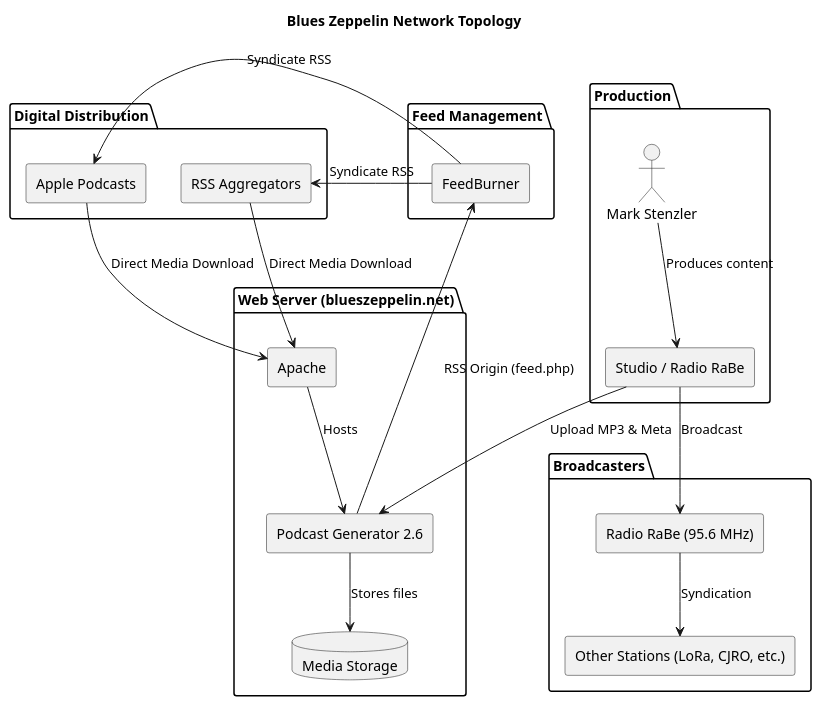
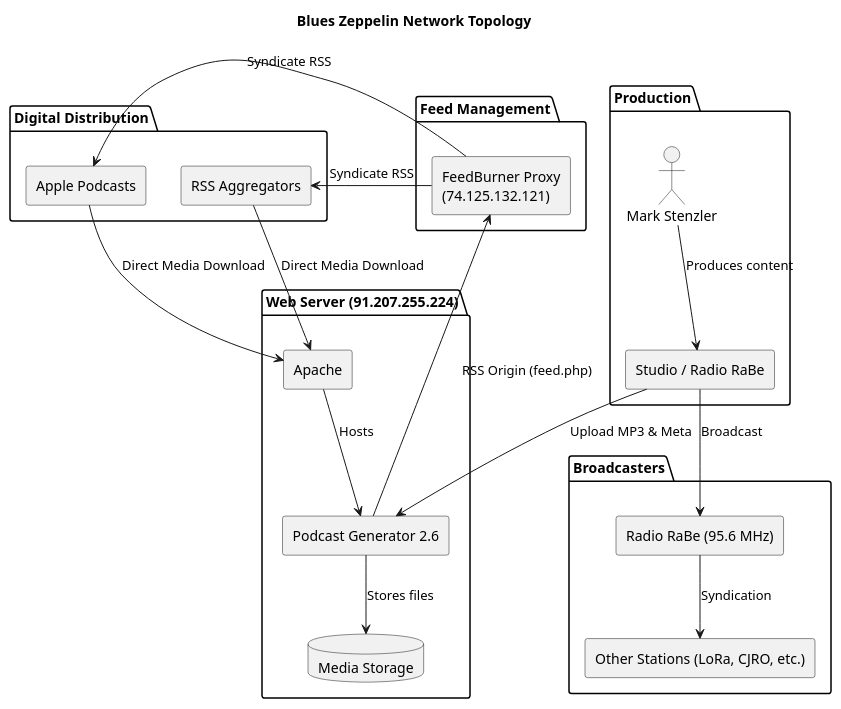
The diagram in diagrams/topology.puml (chatelao/blueszeppelin-architecture), drawn with PlantUML before and after one commit. The commit also changed 2 other files, not shown here.

```diff
--- a/diagrams/topology.puml
+++ b/diagrams/topology.puml
@@ -1,46 +1,46 @@
 @startuml
 title Blues Zeppelin Network Topology
 
 skinparam componentStyle rectangle
 
 package "Production" {
     actor "Mark Stenzler" as Mark
     [Studio / Radio RaBe] as Studio
 }
 
-package "Web Server (blueszeppelin.net)" {
+package "Web Server (91.207.255.224)" {
     [Apache] as WebServer
     [Podcast Generator 2.6] as PodGen
     database "Media Storage" as Media
 }
 
 package "Feed Management" {
-    [FeedBurner] as FB
+    [FeedBurner Proxy\n(74.125.132.121)] as FB
 }
 
 package "Broadcasters" {
     [Radio RaBe (95.6 MHz)] as RaBe
     [Other Stations (LoRa, CJRO, etc.)] as OtherRadio
 }
 
 package "Digital Distribution" {
     [Apple Podcasts] as Apple
     [RSS Aggregators] as RSS
 }
 
 Mark --> Studio : Produces content
 Studio --> PodGen : Upload MP3 & Meta
 PodGen -down-> Media : Stores files
 WebServer -down-> PodGen : Hosts
 
 PodGen -right-> FB : RSS Origin (feed.php)
 FB -right-> Apple : Syndicate RSS
 FB -right-> RSS : Syndicate RSS
 
 Studio --> RaBe : Broadcast
 RaBe --> OtherRadio : Syndication
 
 Apple -down-> WebServer : Direct Media Download
 RSS -down-> WebServer : Direct Media Download
 
 @enduml
```
